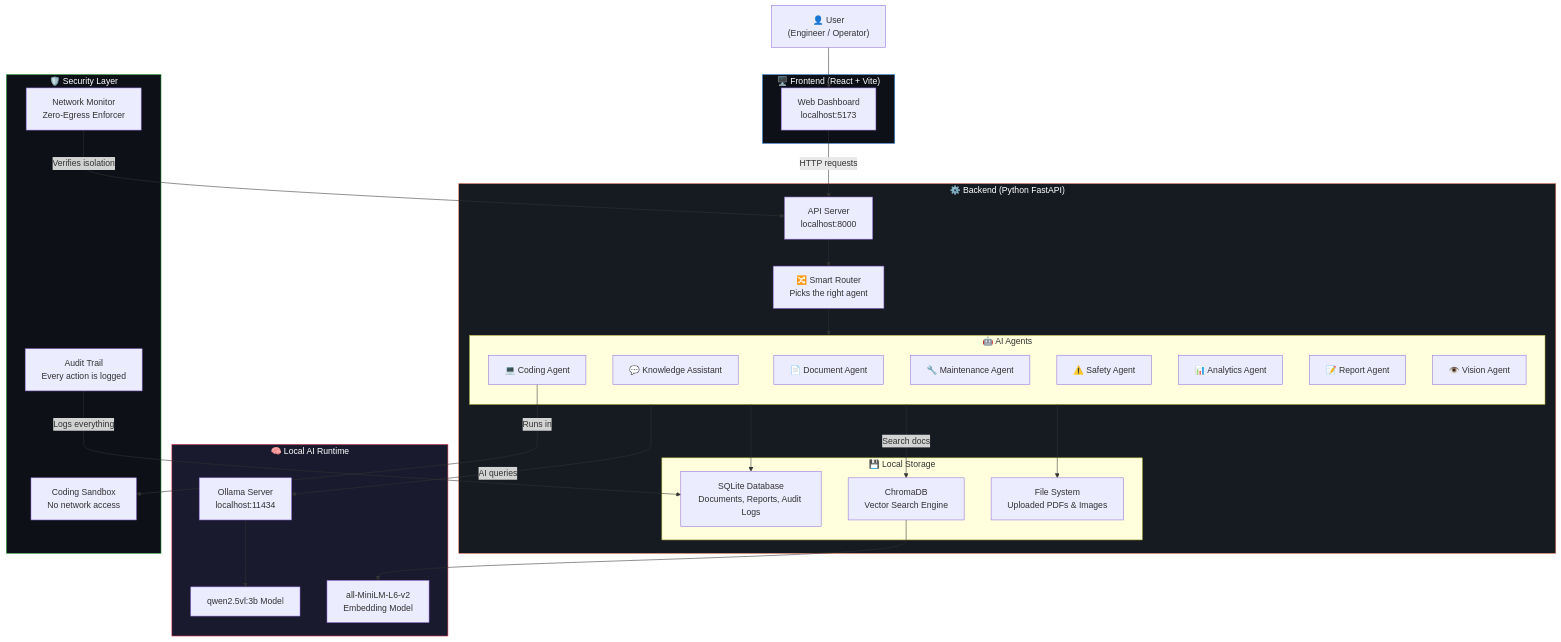
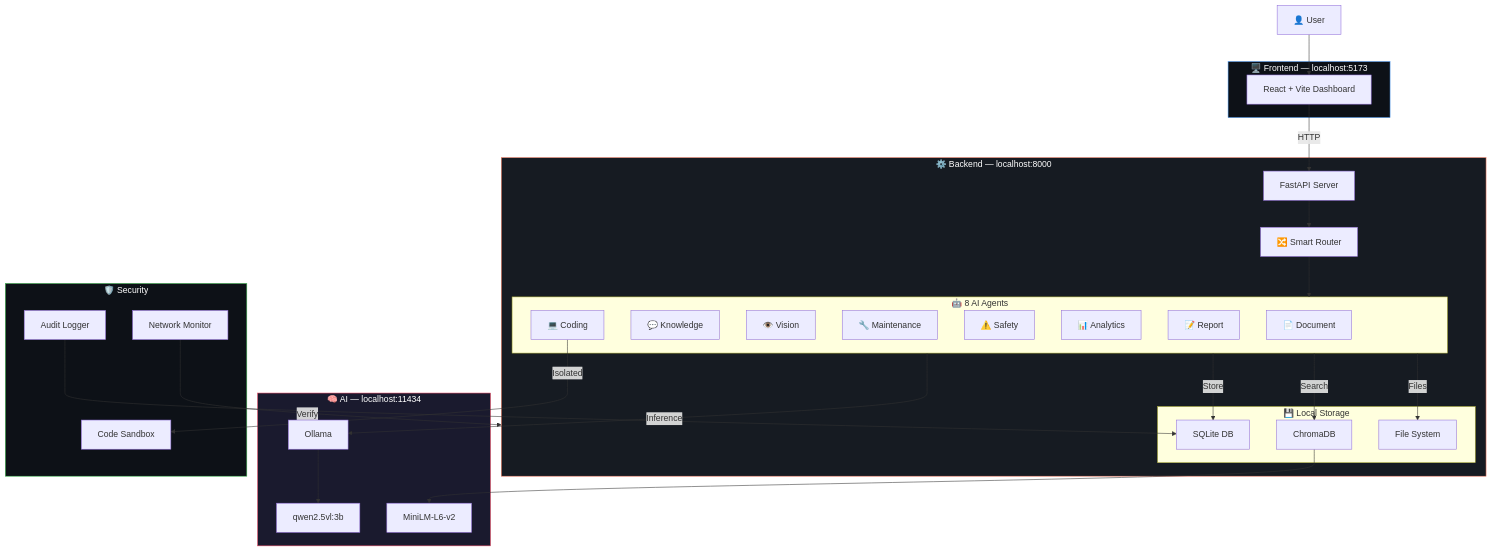
One commit to i-shubhh/DEMO-117 changed the third of 13 diagrams in README.md. Above: the diagram before and after it, drawn with Mermaid. The commit also changed other lines of this file, not shown here.

````diff
--- a/README.md
+++ b/README.md
@@ -82,61 +112,61 @@
 ```mermaid
 graph TB
-    USER["👤 User<br/>(Engineer / Operator)"]
+    USER["👤 User"]
 
-    subgraph FRONTEND["🖥️ Frontend (React + Vite)"]
-        UI["Web Dashboard<br/>localhost:5173"]
+    subgraph BROWSER["🖥️ Frontend — localhost:5173"]
+        UI["React + Vite Dashboard"]
     end
 
-    subgraph BACKEND["⚙️ Backend (Python FastAPI)"]
-        API["API Server<br/>localhost:8000"]
-        ROUTER["🔀 Smart Router<br/>Picks the right agent"]
+    subgraph SERVER["⚙️ Backend — localhost:8000"]
+        API["FastAPI Server"]
+        ROUTER["🔀 Smart Router"]
         
-        subgraph AGENTS["🤖 AI Agents"]
-            DOC["📄 Document Agent"]
-            KNOW["💬 Knowledge Assistant"]
-            CODE["💻 Coding Agent"]
-            MAINT["🔧 Maintenance Agent"]
-            SAFE["⚠️ Safety Agent"]
-            ANAL["📊 Analytics Agent"]
-            REPORT["📝 Report Agent"]
-            VIS["👁️ Vision Agent"]
+        subgraph AGENTS["🤖 8 AI Agents"]
+            A1["📄 Document"]
+            A2["💬 Knowledge"]
+            A3["👁️ Vision"]
+            A4["🔧 Maintenance"]
+            A5["⚠️ Safety"]
+            A6["📊 Analytics"]
+            A7["📝 Report"]
+            A8["💻 Coding"]
         end
         
-        subgraph STORAGE["💾 Local Storage"]
-            SQLITE["SQLite Database<br/>Documents, Reports, Audit Logs"]
-            CHROMA["ChromaDB<br/>Vector Search Engine"]
-            FILES["File System<br/>Uploaded PDFs & Images"]
+        subgraph DATA["💾 Local Storage"]
+            DB["SQLite DB"]
+            VECTOR["ChromaDB"]
+            FS["File System"]
         end
     end
 
-    subgraph AI["🧠 Local AI Runtime"]
-        OLLAMA["Ollama Server<br/>localhost:11434"]
-        QWEN["qwen2.5vl:3b Model"]
-        EMBED["all-MiniLM-L6-v2<br/>Embedding Model"]
+    subgraph AI["🧠 AI — localhost:11434"]
+        OLLAMA["Ollama"]
+        MODEL["qwen2.5vl:3b"]
+        EMB["MiniLM-L6-v2"]
     end
 
-    subgraph SECURITY["🛡️ Security Layer"]
-        MONITOR["Network Monitor<br/>Zero-Egress Enforcer"]
-        AUDIT["Audit Trail<br/>Every action is logged"]
-        SANDBOX["Coding Sandbox<br/>No network access"]
+    subgraph SEC["🛡️ Security"]
+        MON["Network Monitor"]
+        AUDIT["Audit Logger"]
+        SAND["Code Sandbox"]
     end
 
     USER --> UI
-    UI -->|"HTTP requests"| API
+    UI -->|HTTP| API
     API --> ROUTER
     ROUTER --> AGENTS
-    AGENTS -->|"AI queries"| OLLAMA
-    OLLAMA --> QWEN
-    AGENTS -->|"Search docs"| CHROMA
-    CHROMA --> EMBED
-    AGENTS --> SQLITE
-    AGENTS --> FILES
-    MONITOR -->|"Verifies isolation"| API
-    AUDIT -->|"Logs everything"| SQLITE
-    CODE -->|"Runs in"| SANDBOX
+    AGENTS -->|Inference| OLLAMA
+    OLLAMA --> MODEL
+    AGENTS -->|Search| VECTOR
+    VECTOR --> EMB
+    AGENTS -->|Store| DB
+    AGENTS -->|Files| FS
+    MON -->|Verify| SERVER
+    AUDIT --> DB
+    A8 -->|Isolated| SAND
 
-    style FRONTEND fill:#0d1117,stroke:#58a6ff,color:#fff
-    style BACKEND fill:#161b22,stroke:#f78166,color:#fff
+    style BROWSER fill:#0d1117,stroke:#58a6ff,color:#fff
+    style SERVER fill:#161b22,stroke:#f78166,color:#fff
     style AI fill:#1a1a2e,stroke:#e94560,color:#fff
-    style SECURITY fill:#0d1117,stroke:#3fb950,color:#fff
+    style SEC fill:#0d1117,stroke:#3fb950,color:#fff
 ```
````
